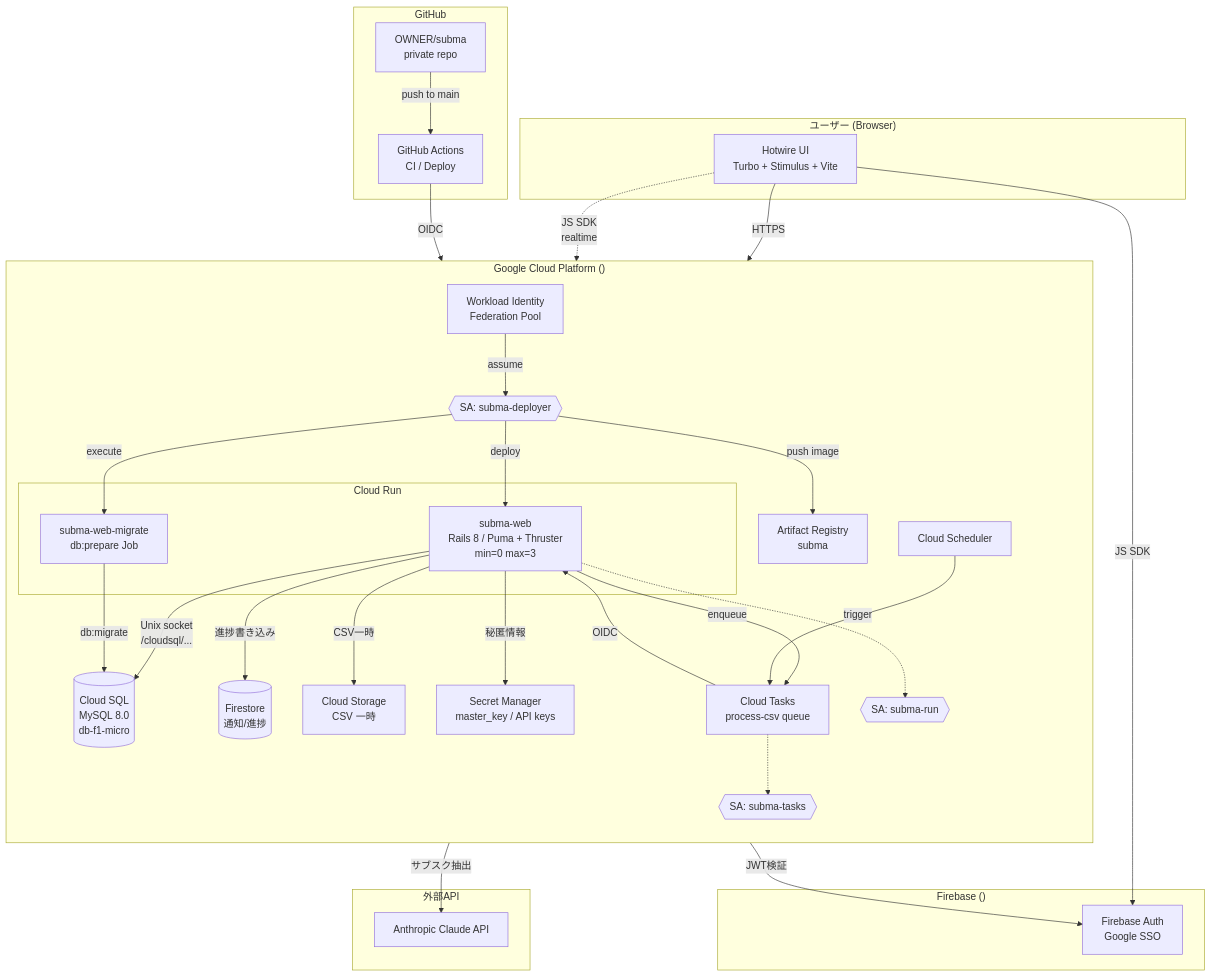
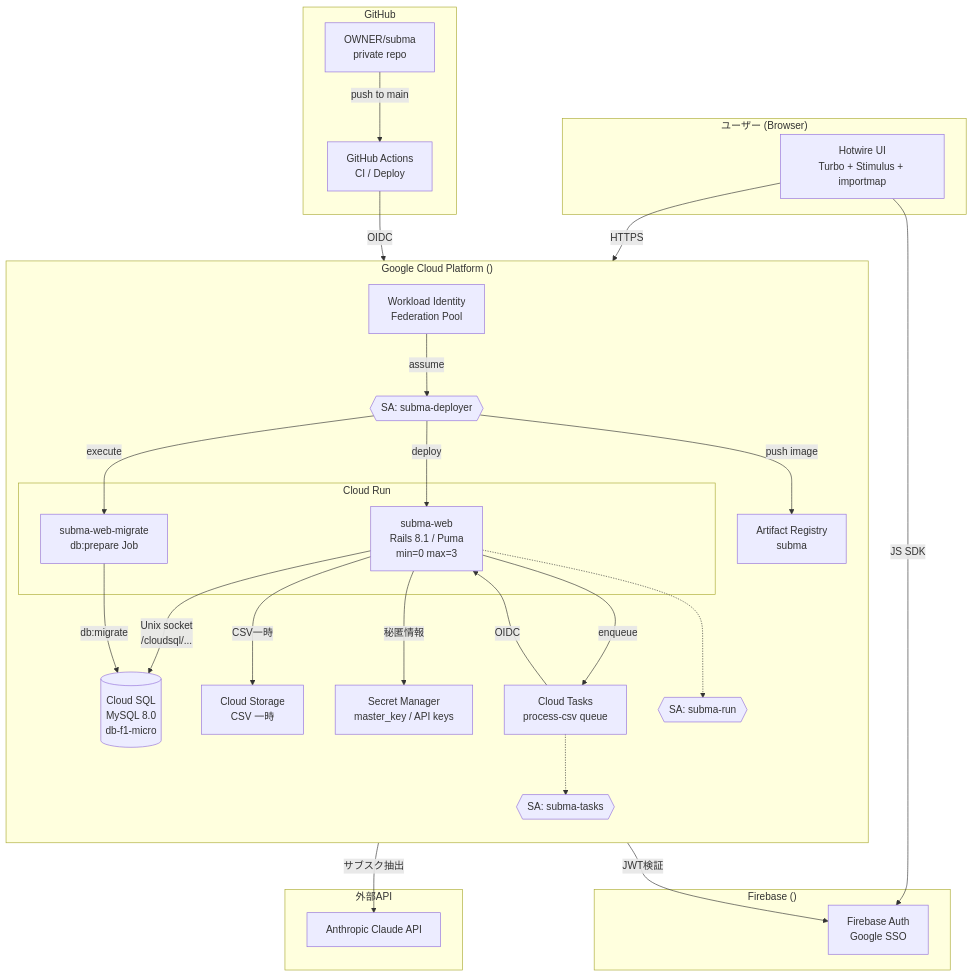
One commit to marukaty/subma changed the first of 3 diagrams in docs/infrastructure-notes.md. Above: the diagram before and after it, drawn with Mermaid. The commit also changed other lines of this file and 13 other files, not shown here.

````diff
--- a/docs/infrastructure-notes.md
+++ b/docs/infrastructure-notes.md
@@ -20,61 +20,56 @@
 ```mermaid
 graph TB
   subgraph Client["ユーザー (Browser)"]
-    Browser[Hotwire UI<br/>Turbo + Stimulus + Vite]
+    Browser[Hotwire UI<br/>Turbo + Stimulus + importmap]
   end
 
   subgraph GitHub["GitHub"]
     Repo[OWNER/subma<br/>private repo]
     Actions[GitHub Actions<br/>CI / Deploy]
   end
 
   subgraph GCP["Google Cloud Platform (<PROJECT_ID>)"]
     direction TB
     AR[Artifact Registry<br/>subma]
     subgraph CloudRun["Cloud Run"]
-      Service[subma-web<br/>Rails 8 / Puma + Thruster<br/>min=0 max=3]
+      Service[subma-web<br/>Rails 8.1 / Puma<br/>min=0 max=3]
       Job[subma-web-migrate<br/>db:prepare Job]
     end
     SQL[(Cloud SQL<br/>MySQL 8.0<br/>db-f1-micro)]
-    Firestore[(Firestore<br/>通知/進捗)]
     Storage[Cloud Storage<br/>CSV 一時]
     SM[Secret Manager<br/>master_key / API keys]
     Tasks[Cloud Tasks<br/>process-csv queue]
-    Scheduler[Cloud Scheduler]
     WIF[Workload Identity<br/>Federation Pool]
     SA1{{SA: subma-run}}
     SA2{{SA: subma-tasks}}
     SA3{{SA: subma-deployer}}
   end
 
   subgraph Firebase["Firebase (<PROJECT_ID>)"]
     Auth[Firebase Auth<br/>Google SSO]
   end
 
   subgraph External["外部API"]
     Claude[Anthropic Claude API]
   end
 
   Browser -->|HTTPS| Service
   Browser -->|JS SDK| Auth
-  Browser -.->|JS SDK<br/>realtime| Firestore
   Service -->|JWT検証| Auth
   Service -->|Unix socket<br/>/cloudsql/...| SQL
-  Service -->|"進捗書き込み"| Firestore
   Service -->|CSV一時| Storage
   Service -->|秘匿情報| SM
   Service -->|サブスク抽出| Claude
   Service -->|enqueue| Tasks
   Tasks -->|OIDC| Service
-  Scheduler -->|trigger| Tasks
   Service -.->SA1
   Tasks -.->SA2
 
   Repo -->|push to main| Actions
   Actions -->|OIDC| WIF
   WIF -->|assume| SA3
   SA3 -->|push image| AR
   SA3 -->|deploy| Service
   SA3 -->|execute| Job
   Job -->|db:migrate| SQL
 ```
````
